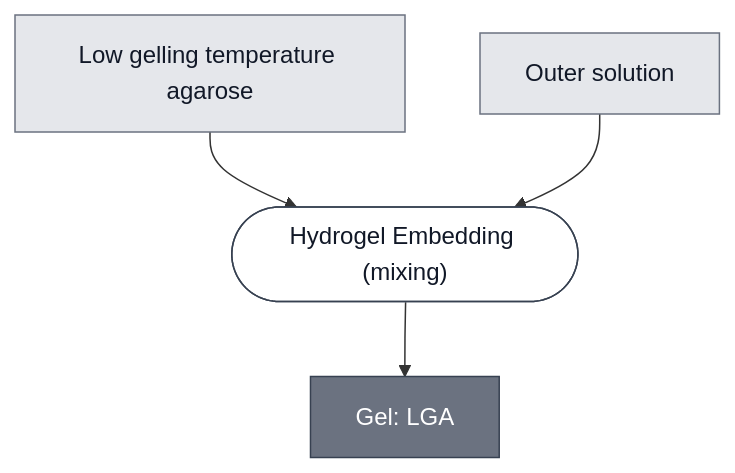
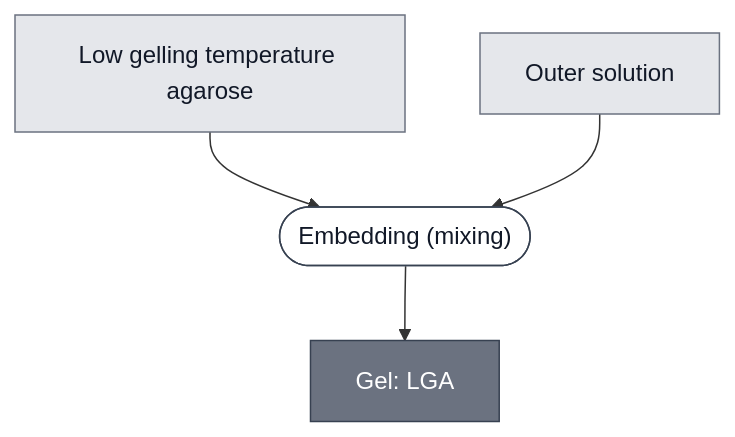
One commit to nucleus-eng/nucleus-docs changed the diagram in docs/modules/gel-lga/spec.md. Above: the diagram before and after it, drawn with Mermaid. The commit also changed other lines of this file and 42 other files, not shown here.

````diff
--- a/docs/modules/gel-lga/spec.md
+++ b/docs/modules/gel-lga/spec.md
@@ -37,24 +37,24 @@
 ```mermaid
 flowchart TD
     LGA_POWDER["Low gelling temperature agarose"]
     OUTER_SOLUTION["Outer solution"]
 
-    P1_SET_THERMAL_0(["Hydrogel Embedding (mixing)"])
+    P1_SET_THERMAL_0(["Embedding (mixing)"])
     GEL_LGA["Gel: LGA"]
 
     LGA_POWDER --> P1_SET_THERMAL_0
     OUTER_SOLUTION --> P1_SET_THERMAL_0
     P1_SET_THERMAL_0 --> GEL_LGA
 
 
     classDef leaf     fill:#e5e7eb,stroke:#6b7280,color:#111827;
     classDef composed fill:#6b7280,stroke:#374151,color:#ffffff;
     classDef process  fill:#ffffff,stroke:#374151,color:#111827;
     class LGA_POWDER,OUTER_SOLUTION leaf;
     class GEL_LGA composed;
     class P1_SET_THERMAL_0 process;
 
     click OUTER_SOLUTION "/docs/modules/outer-solution/spec"
     click P1_SET_THERMAL_0 "/docs/processes/embed-hydrogel/main"
     click GEL_LGA "/docs/modules/gel-lga/spec"
 ```
````
